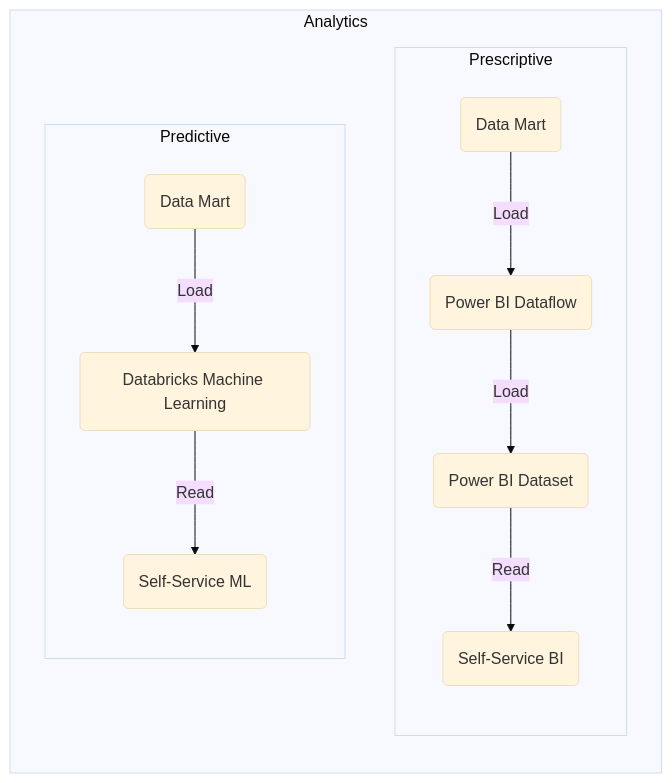
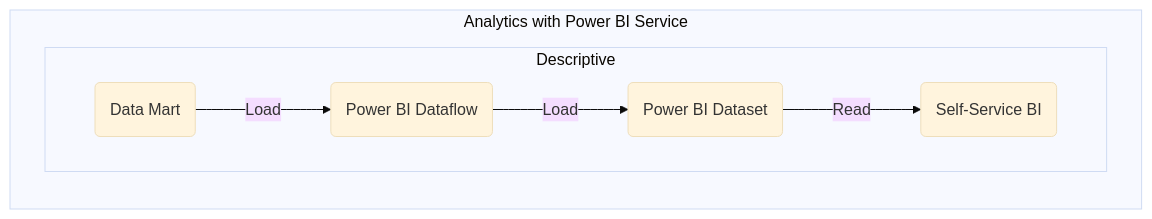
One commit to francesco-quaratino/senior-data-engineer-assignment changed the fourth of 4 diagrams in Architecture.md. Above: the diagram before and after it, drawn with Mermaid (base theme). The commit also changed other lines of this file, not shown here.

````diff
--- a/Architecture.md
+++ b/Architecture.md
@@ -138,36 +142,24 @@
 ```mermaid
 
 flowchart LR;
      
-  subgraph Analytics
+  subgraph Analytics with Power BI Service
     
-    subgraph Prescriptive
+    subgraph Descriptive
 
-      direction TB
+      direction LR
       
       mart1(Data Mart) --> 
         | Load | pbi_dataflow
 
       pbi_dataflow(Power BI Dataflow) --> 
         | Load | pbi_dataset      
 
       pbi_dataset(Power BI Dataset) --> 
         | Read | self_service_bi(Self-Service BI)      
 
     end
-
-    subgraph Predictive
-
-      direction TB
-      
-      mart2(Data Mart) --> 
-        | Load | databricks_ml
-
-      databricks_ml(Databricks Machine Learning) --> 
-        | Read | self_service_ml(Self-Service ML)      
-
-    end
         
   end
    
 ```
````
